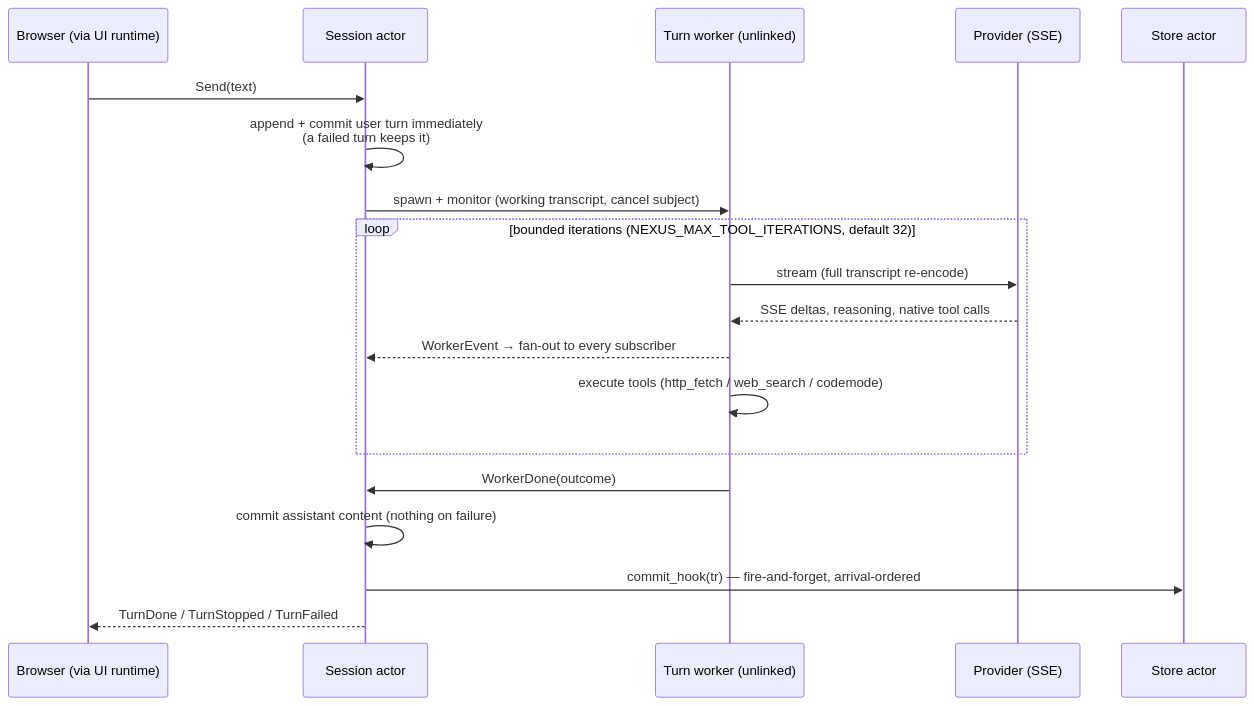
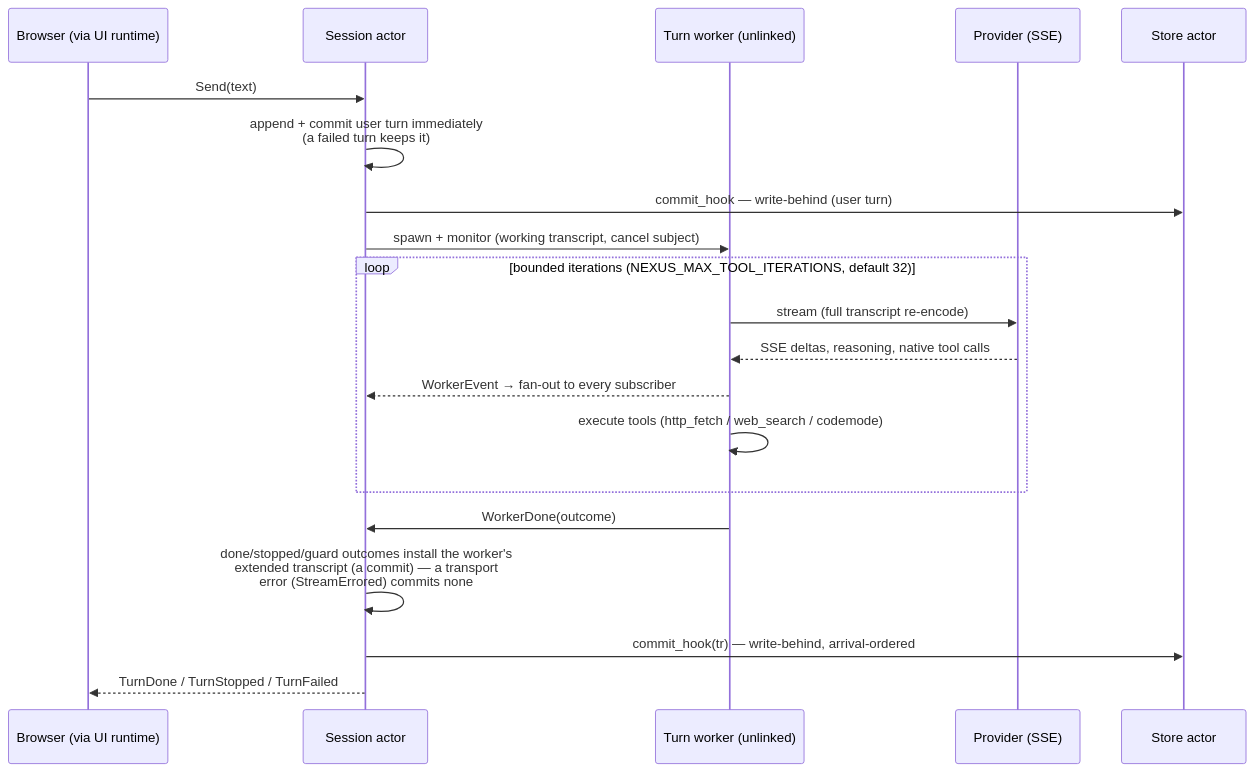
Before and after one commit to jhillyerd/nexus: the fourth of 4 diagrams in ARCHITECTURE.md, drawn with Mermaid. The commit also changed other lines of this file, not shown here.

First line of the commit message:
docs: fix six review findings in ARCHITECTURE.md

````diff
--- a/ARCHITECTURE.md
+++ b/ARCHITECTURE.md
@@ -205,22 +221,23 @@
 ```mermaid
 sequenceDiagram
     participant B as Browser (via UI runtime)
     participant S as Session actor
     participant W as Turn worker (unlinked)
     participant L as Provider (SSE)
     participant St as Store actor
 
     B->>S: Send(text)
     S->>S: append + commit user turn immediately<br/>(a failed turn keeps it)
+    S->>St: commit_hook — write-behind (user turn)
     S->>W: spawn + monitor (working transcript, cancel subject)
     loop bounded iterations (NEXUS_MAX_TOOL_ITERATIONS, default 32)
         W->>L: stream (full transcript re-encode)
         L-->>W: SSE deltas, reasoning, native tool calls
         W-->>S: WorkerEvent → fan-out to every subscriber
         W->>W: execute tools (http_fetch / web_search / codemode)
     end
     W->>S: WorkerDone(outcome)
-    S->>S: commit assistant content (nothing on failure)
-    S->>St: commit_hook(tr) — fire-and-forget, arrival-ordered
+    S->>S: done/stopped/guard outcomes install the worker's<br/>extended transcript (a commit) — a transport<br/>error (StreamErrored) commits none
+    S->>St: commit_hook(tr) — write-behind, arrival-ordered
     S-->>B: TurnDone / TurnStopped / TurnFailed
 ```
````
